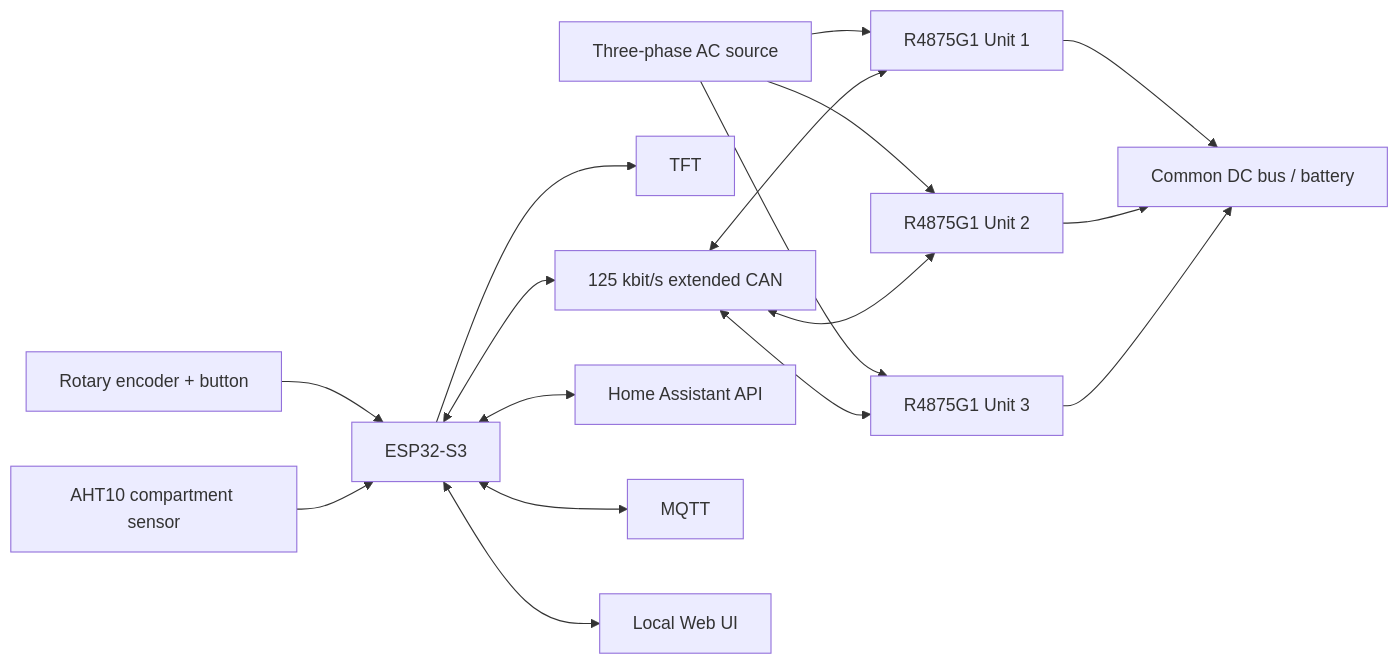
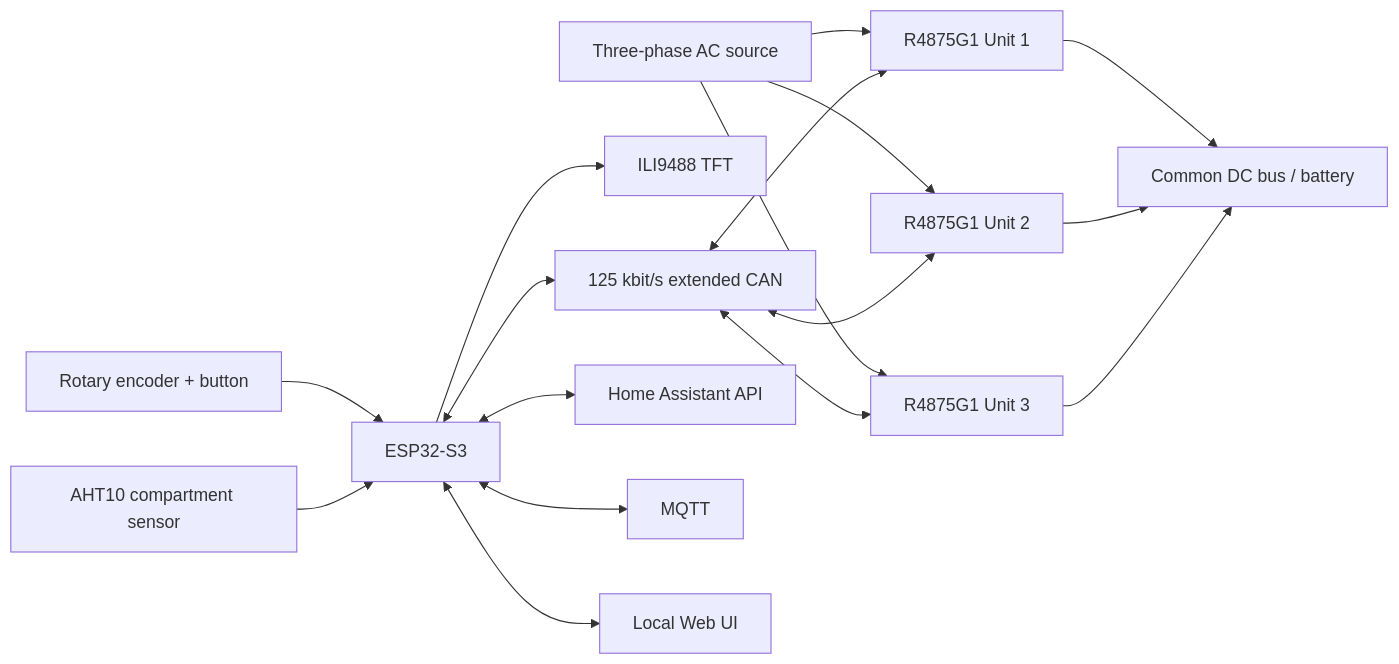
The first of 26 diagrams in R4875G1_CONTROL_FLOWS.md (anwa/esphome-r4875g1-3phase-charger), drawn with Mermaid before and after one commit. The commit also changed other lines of this file and 1 other file, not shown here.

````diff
--- a/R4875G1_CONTROL_FLOWS.md
+++ b/R4875G1_CONTROL_FLOWS.md
@@ -38,23 +43,23 @@
 ```mermaid
 flowchart LR
     AC[Three-phase AC source] --> U1[R4875G1 Unit 1]
     AC --> U2[R4875G1 Unit 2]
     AC --> U3[R4875G1 Unit 3]
 
     U1 --> DCBUS[Common DC bus / battery]
     U2 --> DCBUS
     U3 --> DCBUS
 
     ENC[Rotary encoder + button] --> ESP[ESP32-S3]
     AHT[AHT10 compartment sensor] --> ESP
-    ESP --> TFT[TFT]
+    ESP --> TFT[ILI9488 TFT]
 
     ESP <--> CAN[125 kbit/s extended CAN]
     CAN <--> U1
     CAN <--> U2
     CAN <--> U3
 
     ESP <--> HA[Home Assistant API]
     ESP <--> MQTT[MQTT]
     ESP <--> WEB[Local Web UI]
 ```
````
